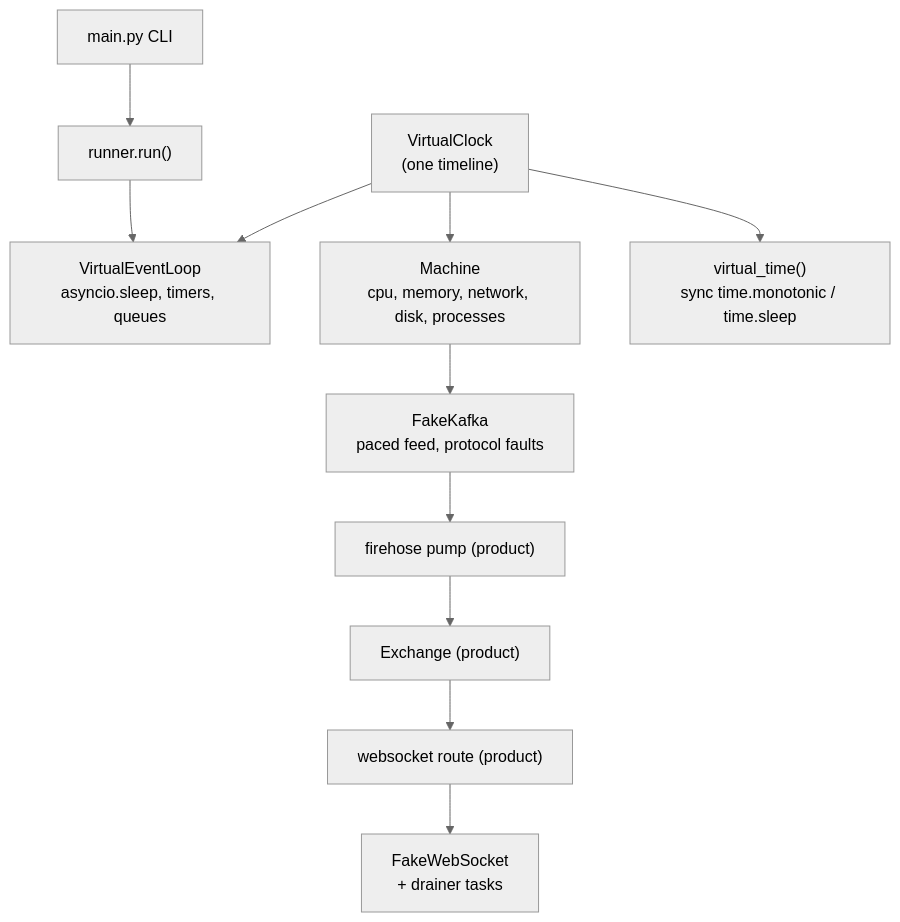
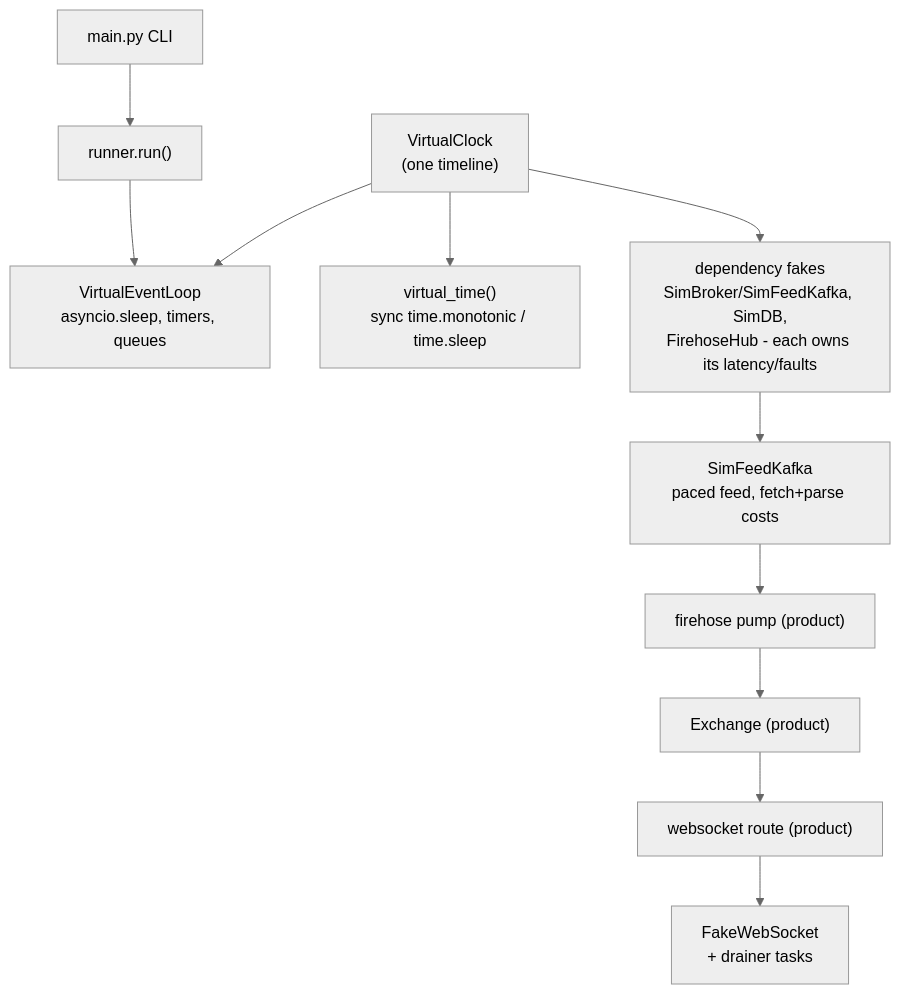
One commit to Bot-detector/bot_detector changed the diagram in dst/README.md. Above: the diagram before and after it, drawn with Mermaid (neutral theme). The commit also changed other lines of this file and 62 other files, not shown here.

````diff
--- a/dst/README.md
+++ b/dst/README.md
@@ -60,13 +56,13 @@
 ```mermaid
 flowchart TD
     clock["VirtualClock\n(one timeline)"] --> loop["VirtualEventLoop\nasyncio.sleep, timers, queues"]
-    clock --> machine["Machine\ncpu, memory, network, disk, processes"]
     clock --> patch["virtual_time()\nsync time.monotonic / time.sleep"]
-    machine --> kafka["FakeKafka\npaced feed, protocol faults"]
+    clock --> fakes["dependency fakes\nSimBroker/SimFeedKafka, SimDB,\nFirehoseHub - each owns its latency/faults"]
+    fakes --> kafka["SimFeedKafka\npaced feed, fetch+parse costs"]
     kafka --> pump["firehose pump (product)"]
     pump --> exchange["Exchange (product)"]
     exchange --> route["websocket route (product)"]
     route --> ws["FakeWebSocket\n+ drainer tasks"]
     runner["runner.run()"] --> loop
     cli["main.py CLI"] --> runner
 ```
````
